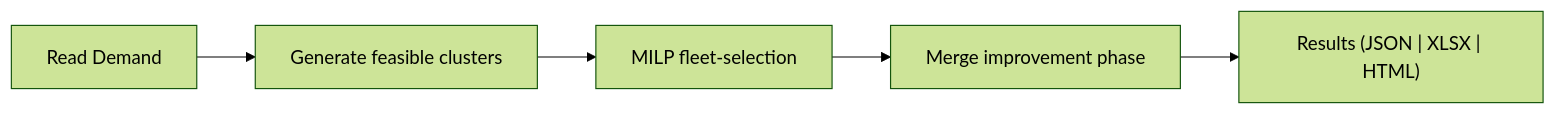
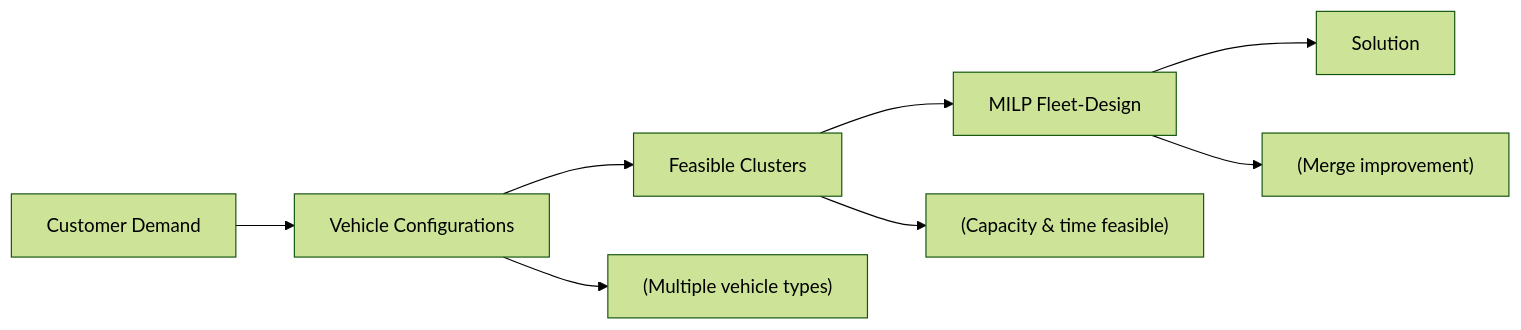
One commit to ekohan/fleetmix changed the diagram in README.md. Above: the diagram before and after it, drawn with Mermaid (forest theme). The commit also changed other lines of this file and 86 other files, not shown here.

````diff
--- a/README.md
+++ b/README.md
@@ -123,7 +127,10 @@
 ```mermaid
 graph LR
-    A[Read Demand] --> B[Generate feasible clusters]
-    B --> C[MILP fleet‑selection]
-    C --> D[Merge improvement phase]
-    D --> E["Results (JSON | XLSX | HTML)"]
+    A["Customer Demand"] --> B["Vehicle Configurations"]
+    B --> C["Feasible Clusters"]
+    C --> D["MILP Fleet-Design"]
+    D --> E["Solution"]
+    B --> F["(Multiple vehicle types)"]
+    C --> G["(Capacity & time feasible)"]
+    D --> H["(Merge improvement)"]
 ```
````
